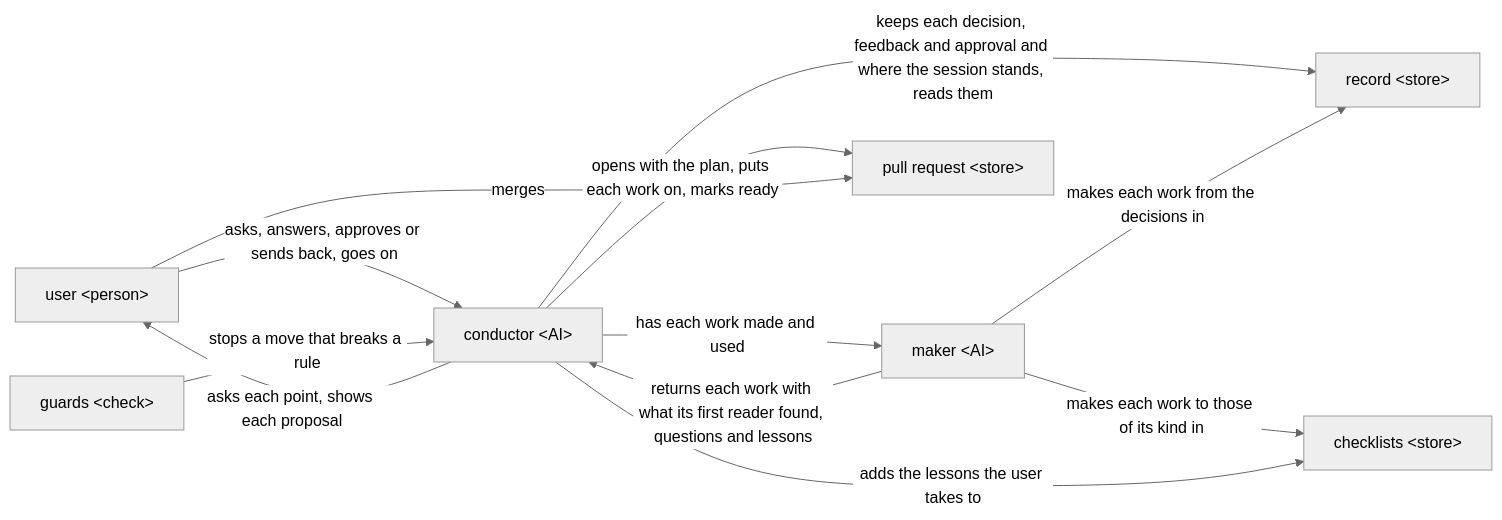
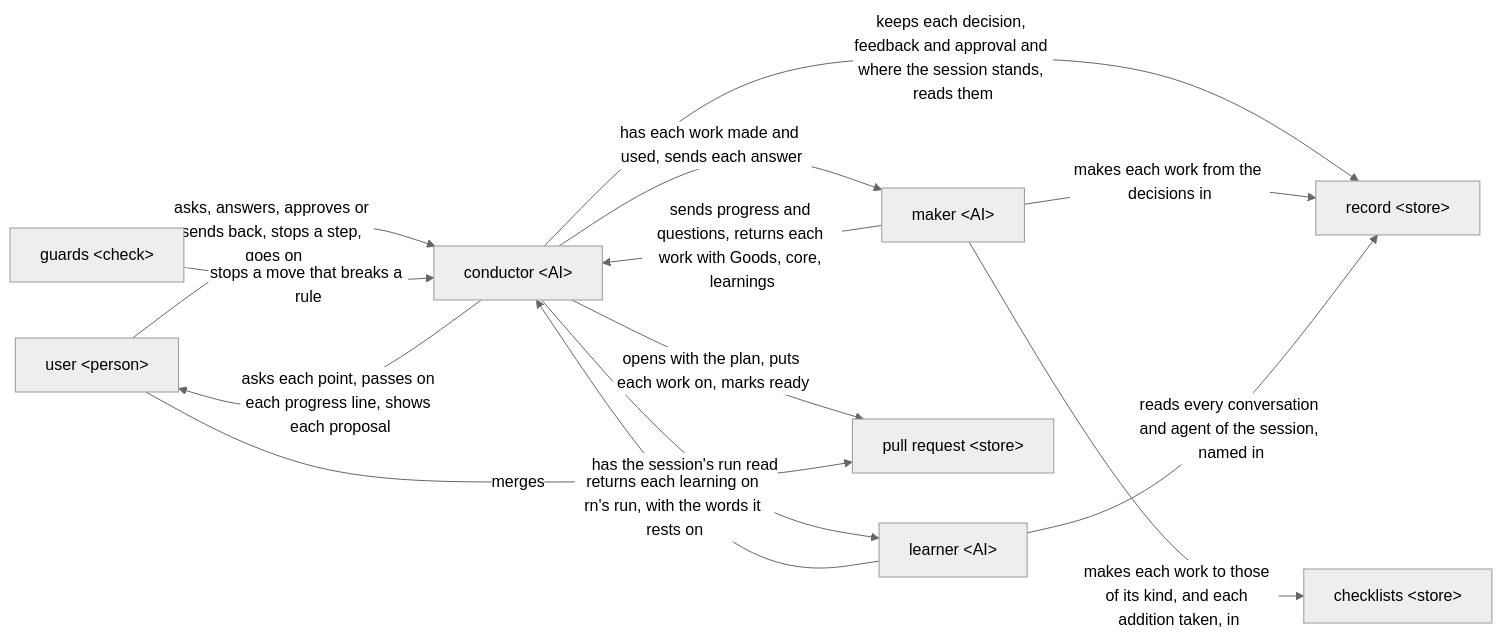
The diagram in dev/rn/design.md (lovaizu/ccpm), drawn with Mermaid (neutral theme) before and after one commit. The commit also changed other lines of this file and 7 other files, not shown here.

````diff
--- a/dev/rn/design.md
+++ b/dev/rn/design.md
@@ -54,21 +59,24 @@
 ```mermaid
 flowchart LR
   user["user &lt;person&gt;"]
   cond["conductor &lt;AI&gt;"]
   maker["maker &lt;AI&gt;"]
+  learner["learner &lt;AI&gt;"]
   rec["record &lt;store&gt;"]
   cl["checklists &lt;store&gt;"]
   guards["guards &lt;check&gt;"]
   pr["pull request &lt;store&gt;"]
-  user -->|asks, answers, approves or sends back, goes on| cond
-  cond -->|asks each point, shows each proposal| user
+  user -->|asks, answers, approves or sends back, stops a step, goes on| cond
+  cond -->|asks each point, passes on each progress line, shows each proposal| user
   cond -->|keeps each decision, feedback and approval and where the session stands, reads them| rec
-  cond -->|has each work made and used| maker
+  cond -->|has each work made and used, sends each answer| maker
   maker -->|makes each work from the decisions in| rec
-  maker -->|makes each work to those of its kind in| cl
-  maker -->|returns each work with what its first reader found, questions and lessons| cond
-  cond -->|adds the lessons the user takes to| cl
+  maker -->|makes each work to those of its kind, and each addition taken, in| cl
+  maker -->|sends progress and questions, returns each work with Goods, core, learnings| cond
+  cond -->|has the session's run read| learner
+  learner -->|reads every conversation and agent of the session, named in| rec
+  learner -->|returns each learning on rn's run, with the words it rests on| cond
   cond -->|opens with the plan, puts each work on, marks ready| pr
   guards -->|stops a move that breaks a rule| cond
   user -->|merges| pr
 ```
````
